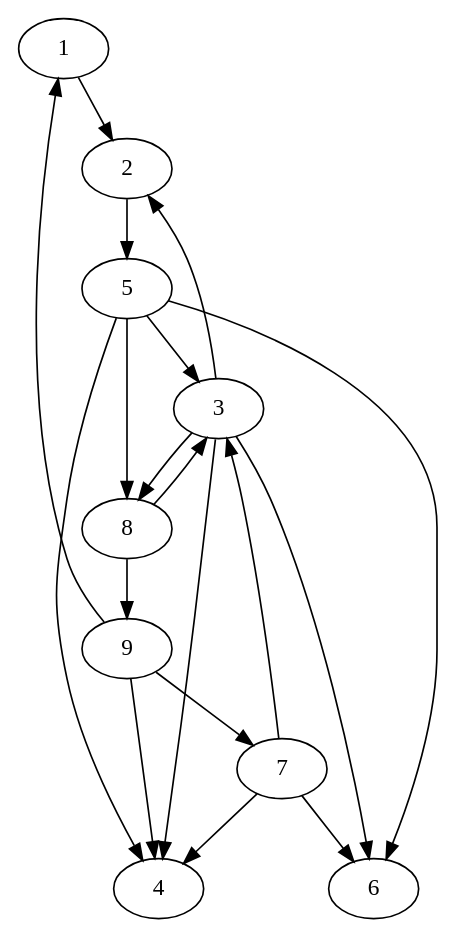
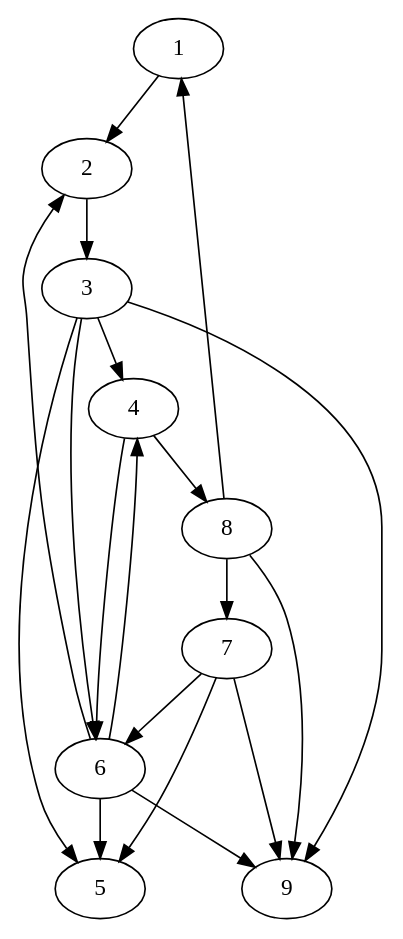
One commit to lifelike/gamebookformat changed the diagram in expected/codewords.dot. Above: the diagram before and after it, drawn with Graphviz. The commit also changed 32 other files, not shown here.

```diff
--- a/expected/codewords.dot
+++ b/expected/codewords.dot
@@ -1,33 +1,33 @@
 digraph gamebook {
 
 
 1->2
-2->5
+2->3
 3->4
 
-3->2
+3->9
 
-3->8
+3->5
 
 3->6
- 5->4
+4->8
 
-5->6
+4->6
+ 6->4
 
-5->3
+6->5
 
-5->8
- 7->6
+6->2
 
-7->3
+6->9
+7->5
 
-7->4
+7->6
+
+7->9
 8->9
 
-8->3
-9->1
+8->7
 
-9->7
-
-9->4
-}
+8->1
+ }
```
